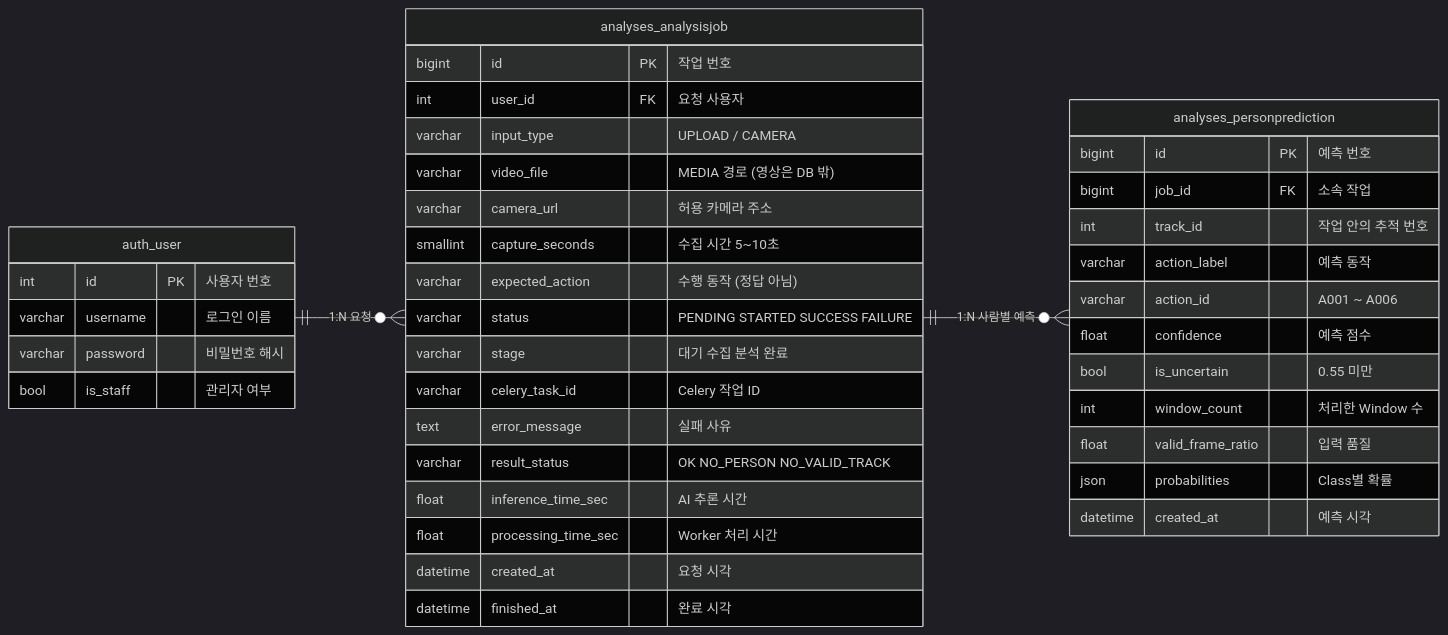
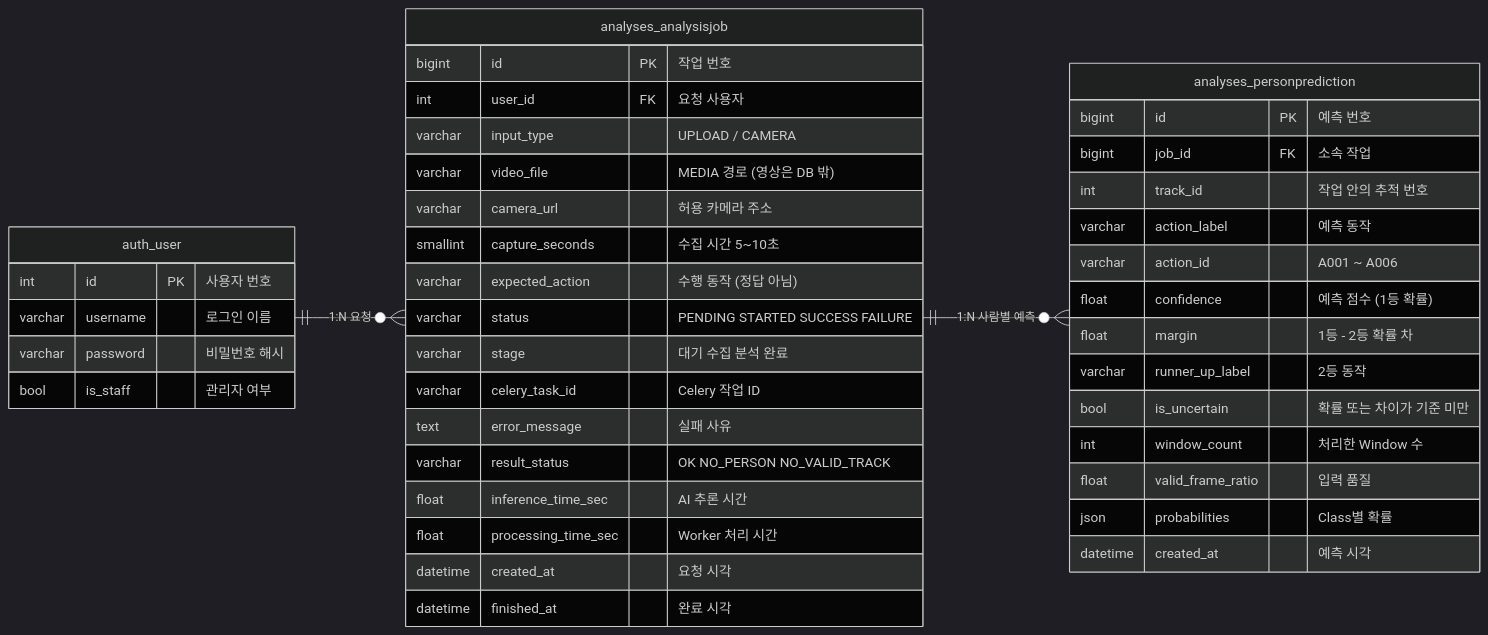
Before and after one commit to yonghoonchoi88/VisionAI_Motion_Analysis: the diagram in docs/diagrams/erd.mmd, drawn with Mermaid (dark theme).

Commit message:
docs(erd): PersonPrediction에 margin·runner_up_label 반영, 판단 불확실 설명 갱신

```diff
--- a/docs/diagrams/erd.mmd
+++ b/docs/diagrams/erd.mmd
@@ -1,42 +1,44 @@
 erDiagram
     direction LR
     auth_user ||--o{ analyses_analysisjob : "1:N 요청"
     analyses_analysisjob ||--o{ analyses_personprediction : "1:N 사람별 예측"
 
     auth_user {
         int id PK "사용자 번호"
         varchar username "로그인 이름"
         varchar password "비밀번호 해시"
         bool is_staff "관리자 여부"
     }
     analyses_analysisjob {
         bigint id PK "작업 번호"
         int user_id FK "요청 사용자"
         varchar input_type "UPLOAD / CAMERA"
         varchar video_file "MEDIA 경로 (영상은 DB 밖)"
         varchar camera_url "허용 카메라 주소"
         smallint capture_seconds "수집 시간 5~10초"
         varchar expected_action "수행 동작 (정답 아님)"
         varchar status "PENDING STARTED SUCCESS FAILURE"
         varchar stage "대기 수집 분석 완료"
         varchar celery_task_id "Celery 작업 ID"
         text error_message "실패 사유"
         varchar result_status "OK NO_PERSON NO_VALID_TRACK"
         float inference_time_sec "AI 추론 시간"
         float processing_time_sec "Worker 처리 시간"
         datetime created_at "요청 시각"
         datetime finished_at "완료 시각"
     }
     analyses_personprediction {
         bigint id PK "예측 번호"
         bigint job_id FK "소속 작업"
         int track_id "작업 안의 추적 번호"
         varchar action_label "예측 동작"
         varchar action_id "A001 ~ A006"
-        float confidence "예측 점수"
-        bool is_uncertain "0.55 미만"
+        float confidence "예측 점수 (1등 확률)"
+        float margin "1등 - 2등 확률 차"
+        varchar runner_up_label "2등 동작"
+        bool is_uncertain "확률 또는 차이가 기준 미만"
         int window_count "처리한 Window 수"
         float valid_frame_ratio "입력 품질"
         json probabilities "Class별 확률"
         datetime created_at "예측 시각"
     }
```
